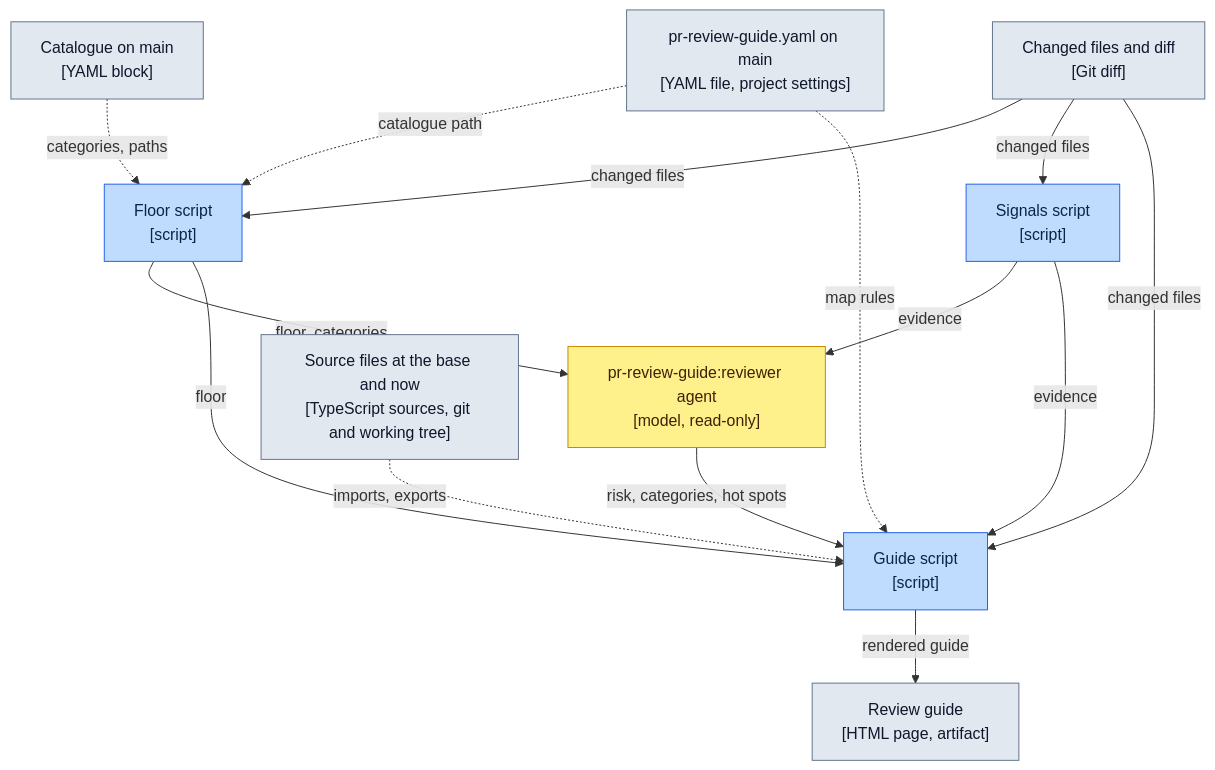
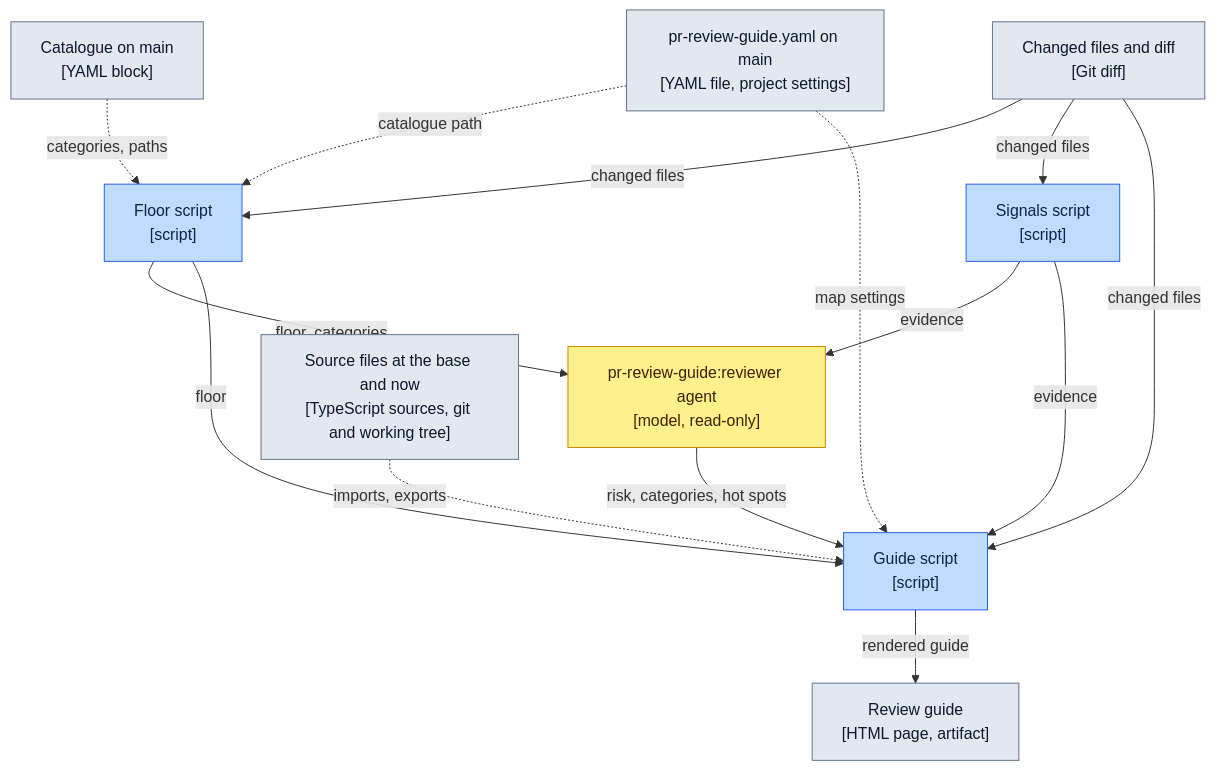
The first of 7 diagrams in docs/technical/pr-review-catalogue.md (cfisch3r/estimate), drawn with Mermaid before and after one commit. The commit also changed other lines of this file and 1 other file, not shown here.

Commit message:
docs: name the settings module in the build diagram and tighten the settings wording

````diff
--- a/docs/technical/pr-review-catalogue.md
+++ b/docs/technical/pr-review-catalogue.md
@@ -21,34 +21,34 @@
 ```mermaid
 flowchart TD
   Diff["Changed files and diff<br/>[Git diff]"]
   Floor["Floor script<br/>[script]"]
   Sig["Signals script<br/>[script]"]
   Agent["pr-review-guide:reviewer agent<br/>[model, read-only]"]
   Guide["Guide script<br/>[script]"]
   MapCfg["pr-review-guide.yaml on main<br/>[YAML file, project settings]"]
   Src["Source files at the base and now<br/>[TypeScript sources, git and working tree]"]
   Page["Review guide<br/>[HTML page, artifact]"]
 
   Cat["Catalogue on main<br/>[YAML block]"]
   MapCfg -.->|"catalogue path"| Floor
   Cat -.->|"categories, paths"| Floor
   Diff -->|"changed files"| Floor
   Diff -->|"changed files"| Sig
   Floor -->|"floor, categories"| Agent
   Sig -->|"evidence"| Agent
   Sig -->|"evidence"| Guide
   Floor -->|"floor"| Guide
   Agent -->|"risk, categories, hot spots"| Guide
   Diff -->|"changed files"| Guide
-  MapCfg -.->|"map rules"| Guide
+  MapCfg -.->|"map settings"| Guide
   Src -.->|"imports, exports"| Guide
   Guide -->|"rendered guide"| Page
 
   classDef script fill:#BFDBFE,stroke:#2563EB,color:#0B2545
   classDef model fill:#FEF08A,stroke:#CA8A04,color:#422006
   classDef data fill:#E2E8F0,stroke:#64748B,color:#0F172A
 
   class Floor,Sig,Guide script
   class Agent model
   class Diff,Page,Cat,MapCfg,Src data
 ```
````
